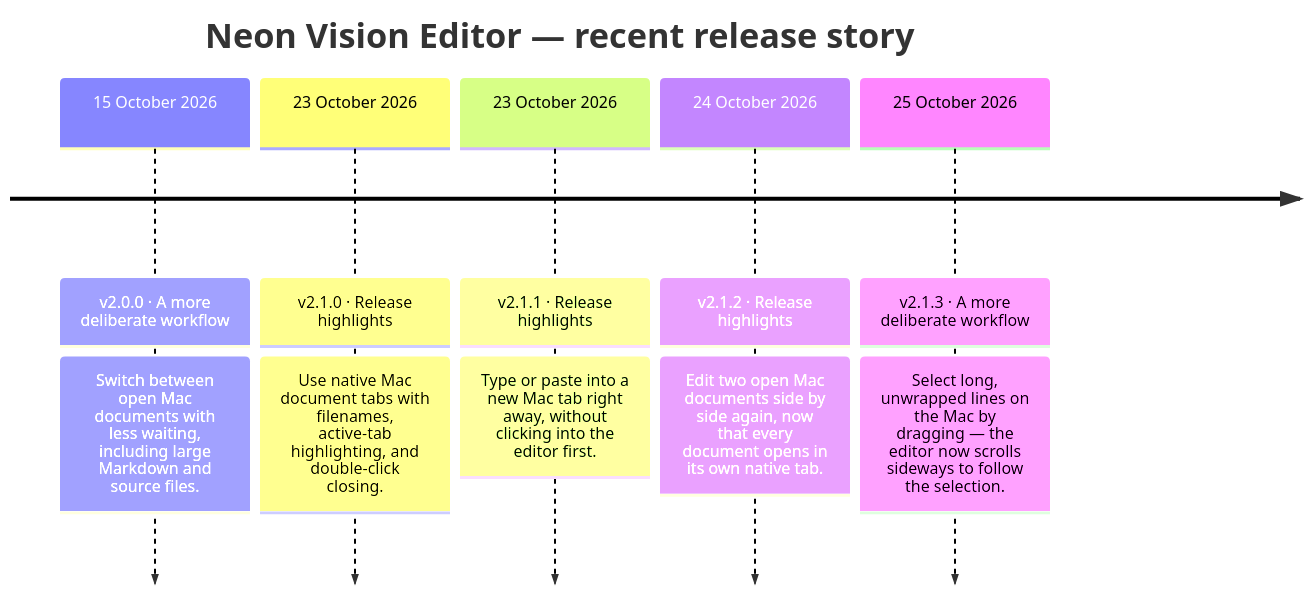
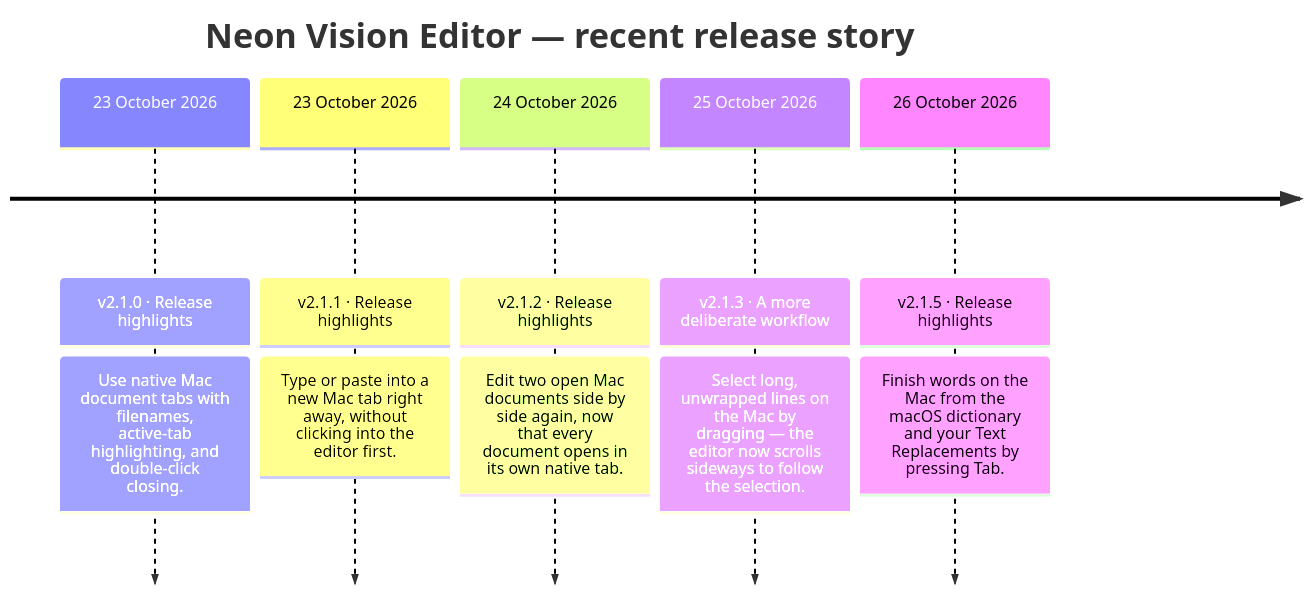
Before and after one commit to h3pdesign/Neon-Vision-Editor: the diagram in README.md, drawn with Mermaid. The commit also changed other lines of this file and 9 other files, not shown here.

````diff
--- a/README.md
+++ b/README.md
@@ -759,14 +748,14 @@
 ```mermaid
 timeline
     title Neon Vision Editor — recent release story
-    15 October 2026 : v2.0.0 · A more deliberate workflow
-                : Switch between open Mac documents with less waiting, including large Markdown and source files.
     23 October 2026 : v2.1.0 · Release highlights
                 : Use native Mac document tabs with filenames, active-tab highlighting, and double-click closing.
     23 October 2026 : v2.1.1 · Release highlights
                 : Type or paste into a new Mac tab right away, without clicking into the editor first.
     24 October 2026 : v2.1.2 · Release highlights
                 : Edit two open Mac documents side by side again, now that every document opens in its own native tab.
     25 October 2026 : v2.1.3 · A more deliberate workflow
                 : Select long, unwrapped lines on the Mac by dragging — the editor now scrolls sideways to follow the selection.
+    26 October 2026 : v2.1.5 · Release highlights
+                : Finish words on the Mac from the macOS dictionary and your Text Replacements by pressing Tab.
 ```
````
